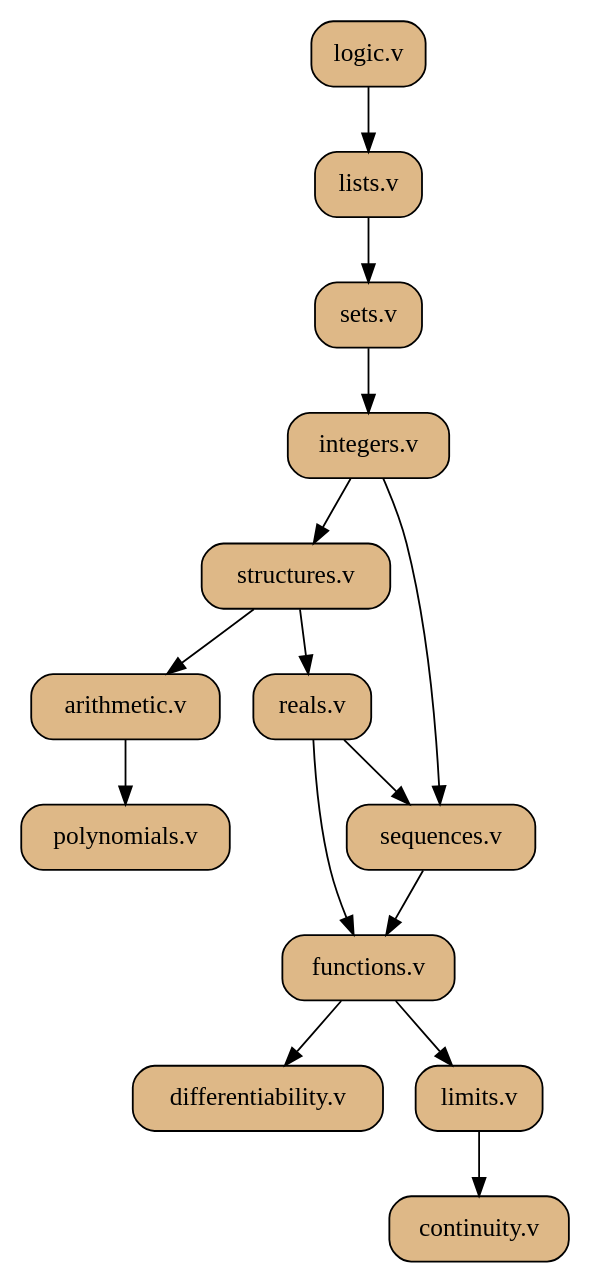
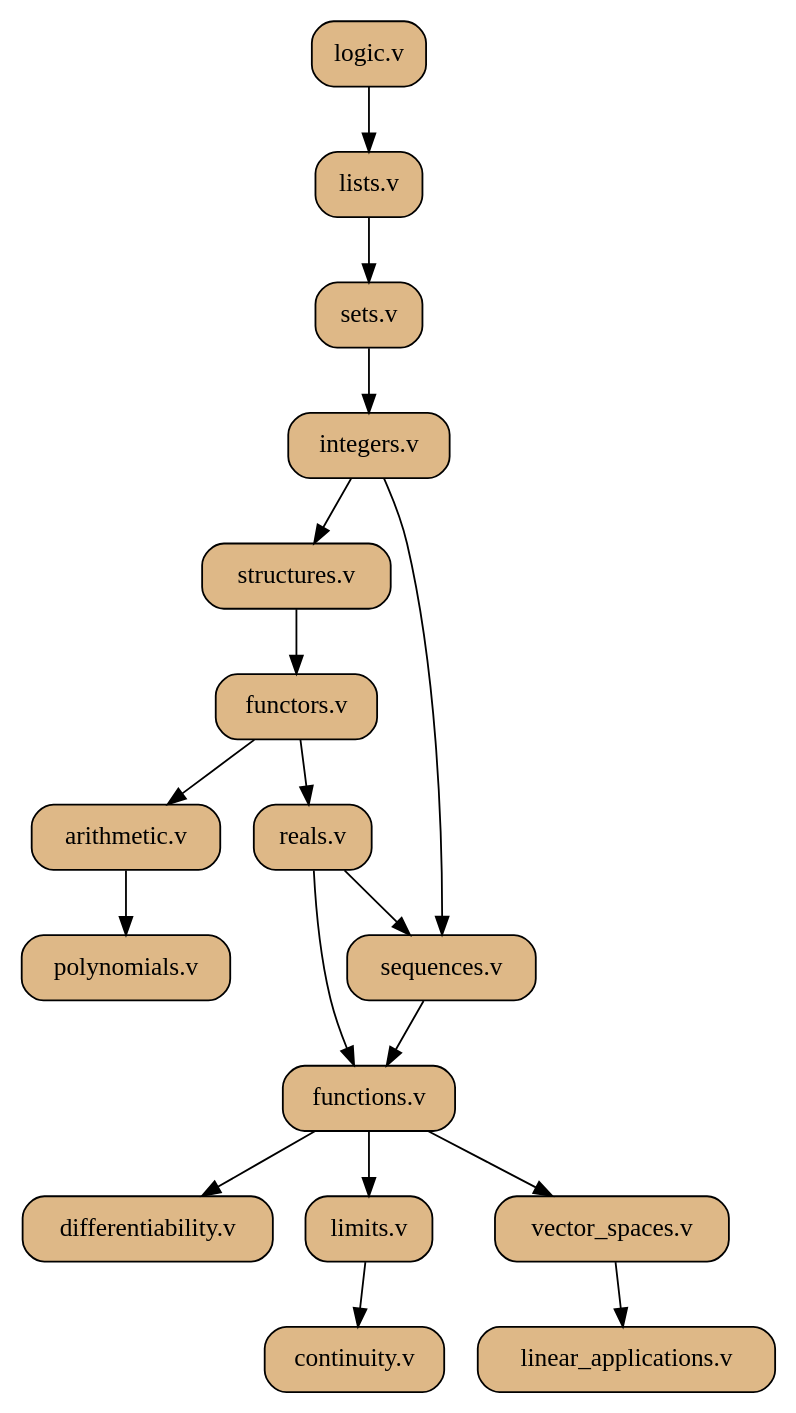
One commit to QuanticPotato/SAMPL changed the diagram in doc/hierarchy.dot. Above: the diagram before and after it, drawn with Graphviz. The commit also changed 7 other files, not shown here.

```diff
--- a/doc/hierarchy.dot
+++ b/doc/hierarchy.dot
@@ -1,29 +1,35 @@
 digraph g{
 	logic [label="logic.v", shape=box, fillcolor="burlywood", style="filled,rounded"];
 	lists [label="lists.v", shape=box, fillcolor="burlywood", style="filled,rounded"];
 	sets [label="sets.v", shape=box, fillcolor="burlywood", style="filled,rounded"];
 	integers [label="integers.v", shape=box, fillcolor="burlywood", style="filled,rounded"];
 	structures [label="structures.v", shape=box, fillcolor="burlywood", style="filled,rounded"];
+	functors [label="functors.v", shape=box, fillcolor="burlywood", style="filled, rounded"];
 	reals [label="reals.v", shape=box, fillcolor="burlywood", style="filled,rounded"];
 	functions [label="functions.v", shape=box, fillcolor="burlywood", style="filled,rounded"];
 	differentiability [label="differentiability.v", shape=box, fillcolor="burlywood", style="filled,rounded"];
 	polynomials [label="polynomials.v", shape=box, fillcolor="burlywood", style="filled,rounded"];
 	sequences [label="sequences.v", shape=box, fillcolor="burlywood", style="filled,rounded"];
 	limits [label="limits.v", shape=box, fillcolor="burlywood", style="filled,rounded"];
 	continuity [label="continuity.v", shape=box, fillcolor="burlywood", style="filled,rounded"];
 	arithmetic [label="arithmetic.v", shape=box, fillcolor="burlywood", style="filled,rounded"];
+	vector_spaces [label="vector_spaces.v", shape=box, fillcolor="burlywood", style="filled,rounded"];
+	linear_applications [label="linear_applications.v", shape=box, fillcolor="burlywood", style="filled, rounded"];
 	logic -> lists
 	lists -> sets
 	sets -> integers
 	integers -> structures
-	structures -> reals
-	structures -> arithmetic
+	structures -> functors
+	functors -> reals
+	functors -> arithmetic
 	arithmetic -> polynomials
 	integers -> sequences
 	reals -> sequences
 	sequences -> functions
 	reals -> functions
+	functions -> vector_spaces
+	vector_spaces -> linear_applications
 	functions -> differentiability
 	functions -> limits
 	limits -> continuity
 }
```
